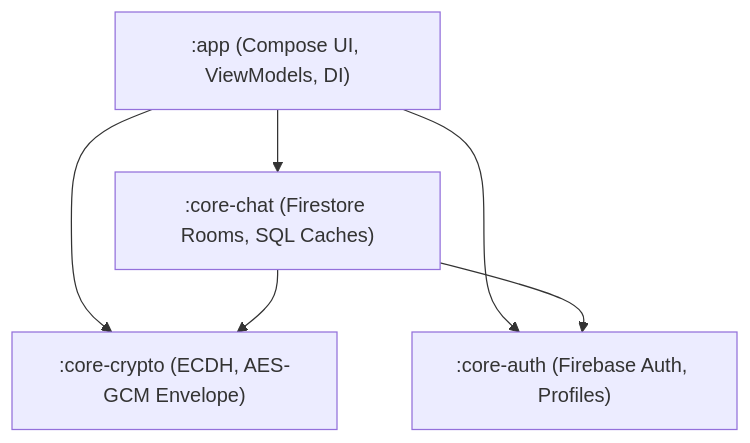
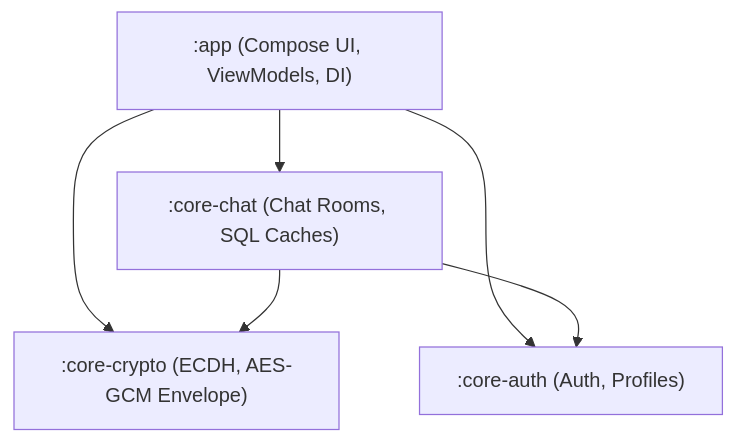
The first of 3 diagrams in docs/architecture/PROJECT_STRUCTURE_AND_INTEGRATION.md (dilshzic/Q-base), drawn with Mermaid before and after one commit. The commit also changed other lines of this file and 34 other files, not shown here.

````diff
--- a/docs/architecture/PROJECT_STRUCTURE_AND_INTEGRATION.md
+++ b/docs/architecture/PROJECT_STRUCTURE_AND_INTEGRATION.md
@@ -11,13 +11,13 @@
 ```mermaid
 graph TD
     App[":app (Compose UI, ViewModels, DI)"]
-    CoreChat[":core-chat (Firestore Rooms, SQL Caches)"]
-    CoreAuth[":core-auth (Firebase Auth, Profiles)"]
+   CoreChat[":core-chat (Chat Rooms, SQL Caches)"]
+   CoreAuth[":core-auth (Auth, Profiles)"]
     CoreCrypto[":core-crypto (ECDH, AES-GCM Envelope)"]
 
     App --> CoreChat
     App --> CoreAuth
     App --> CoreCrypto
     CoreChat --> CoreCrypto
     CoreChat --> CoreAuth
 ```
````
